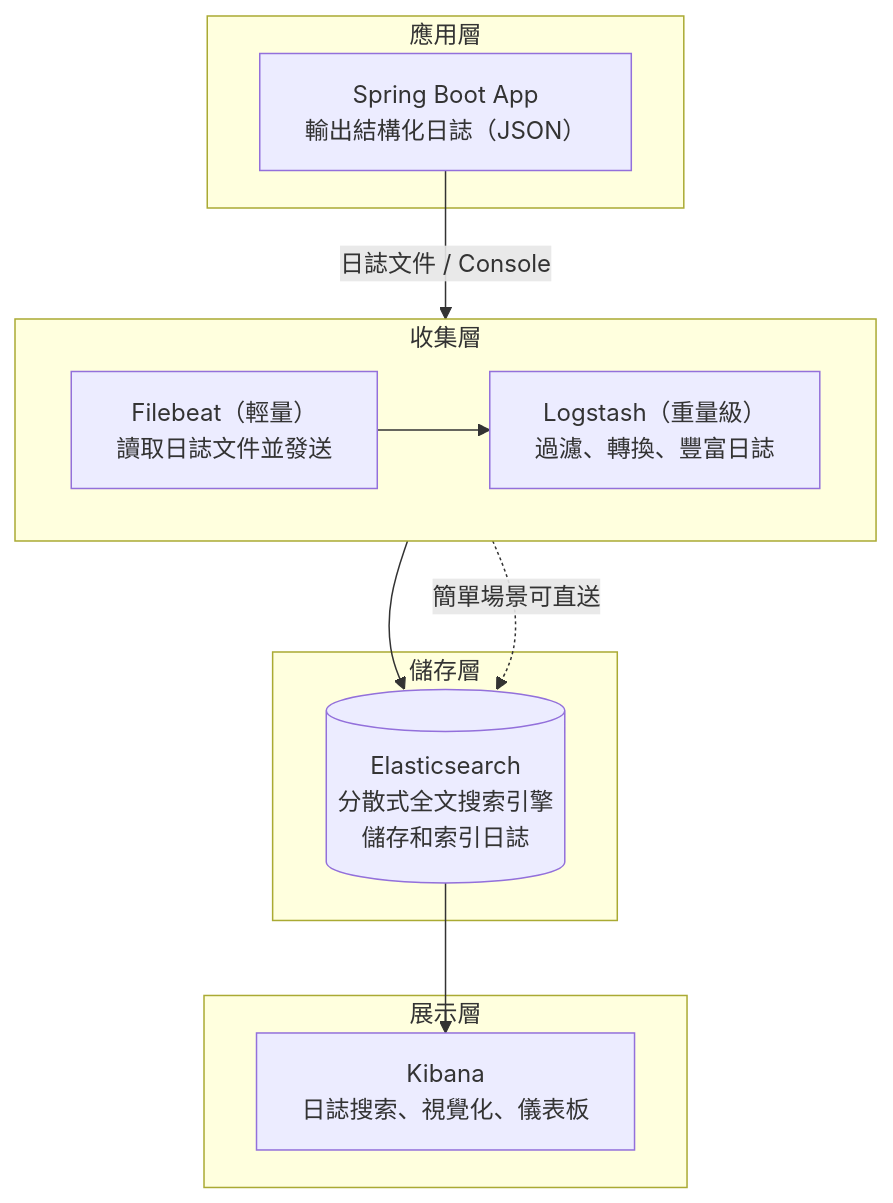
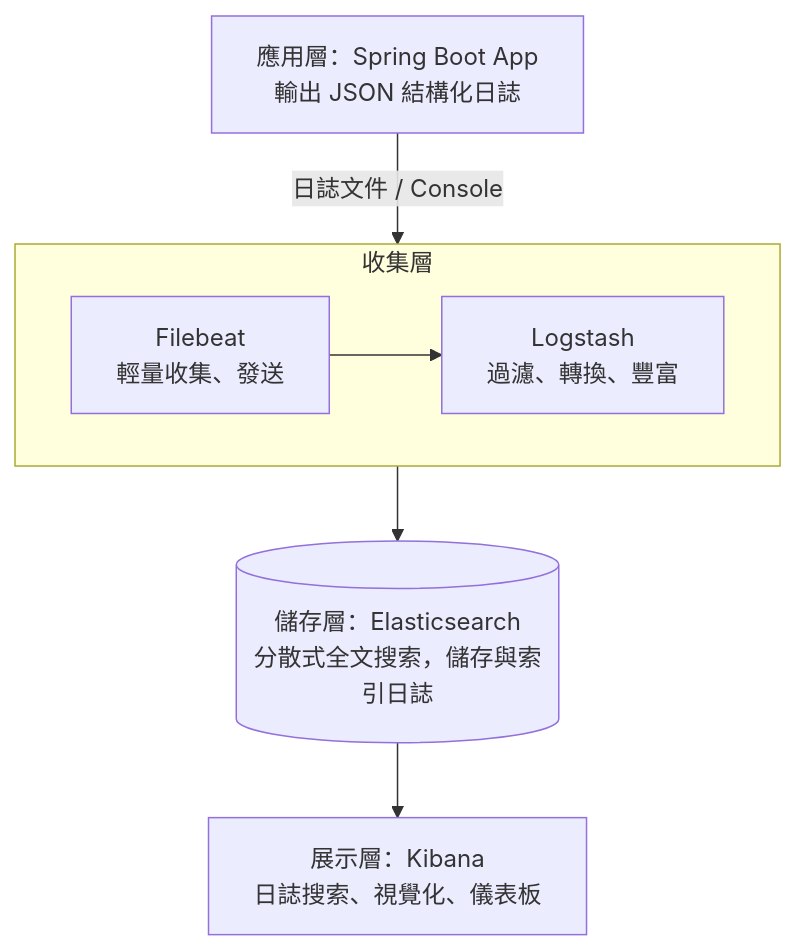
Before and after one commit to AnthonyFuFu/StudyNotes: the diagram in docs/engineering/monitoring/elk.md, drawn with Mermaid. The commit also changed other lines of this file and 43 other files, not shown here.

````diff
--- a/docs/engineering/monitoring/elk.md
+++ b/docs/engineering/monitoring/elk.md
@@ -5,22 +5,10 @@
 ``` mermaid
 flowchart TB
-    subgraph APP ["應用層"]
-        SB["Spring Boot App<br>輸出結構化日誌（JSON）"]
-    end
+    SB["應用層：Spring Boot App<br>輸出 JSON 結構化日誌"] -- "日誌文件 / Console" --> COLLECT
     subgraph COLLECT ["收集層"]
         direction LR
-        FB["Filebeat（輕量）<br>讀取日誌文件並發送"]
-        LS["Logstash（重量級）<br>過濾、轉換、豐富日誌"]
-        FB --> LS
+        FB["Filebeat<br>輕量收集、發送"] --> LS["Logstash<br>過濾、轉換、豐富"]
     end
-    subgraph STORE ["儲存層"]
-        ES[("Elasticsearch<br>分散式全文搜索引擎<br>儲存和索引日誌")]
-    end
-    subgraph VIEW ["展示層"]
-        KB["Kibana<br>日誌搜索、視覺化、儀表板"]
-    end
-    SB -- "日誌文件 / Console" --> FB
-    LS --> ES
-    FB -. "簡單場景可直送" .-> ES
-    ES --> KB
+    COLLECT --> ES[("儲存層：Elasticsearch<br>分散式全文搜索，儲存與索引日誌")]
+    ES --> KB["展示層：Kibana<br>日誌搜索、視覺化、儀表板"]
 ```
````
